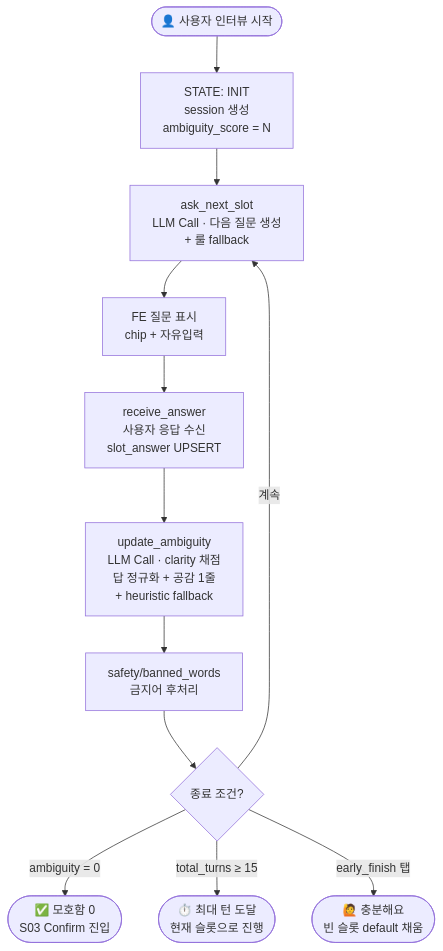
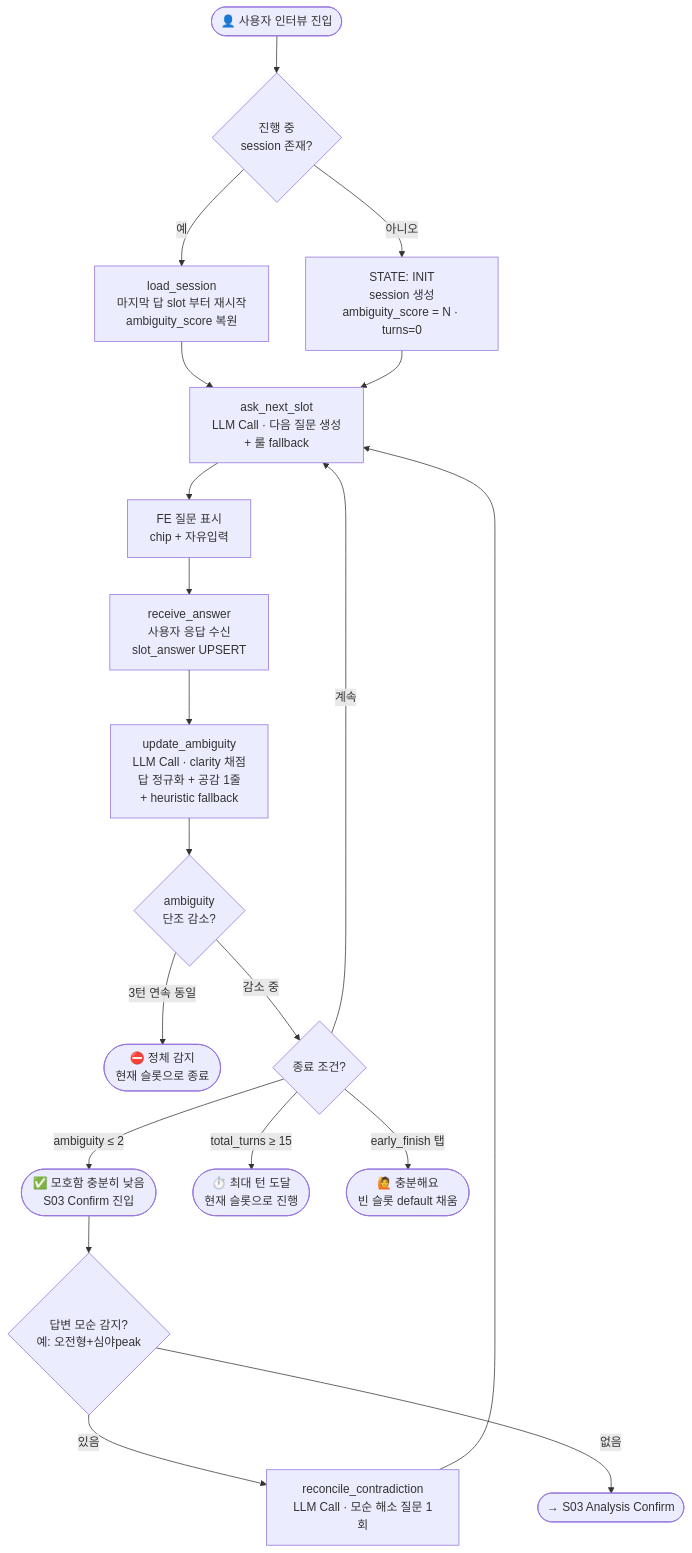
One commit to hanium-reaction/reaction-backend changed the second of 7 diagrams in docs/decisions/0005-agentic-architecture-mvp.md. Above: the diagram before and after it, drawn with Mermaid. The commit also changed other lines of this file, not shown here.

````diff
--- a/docs/decisions/0005-agentic-architecture-mvp.md
+++ b/docs/decisions/0005-agentic-architecture-mvp.md
@@ -332,16 +353,25 @@
 ```mermaid
 flowchart TD
-  Start([👤 사용자 인터뷰 시작]) --> Init[STATE: INIT<br/>session 생성<br/>ambiguity_score = N]
+  Start([👤 사용자 인터뷰 진입]) --> Resume{진행 중<br/>session 존재?}
+  Resume -->|예| LoadState[load_session<br/>마지막 답 slot 부터 재시작<br/>ambiguity_score 복원]
+  Resume -->|아니오| Init[STATE: INIT<br/>session 생성<br/>ambiguity_score = N · turns=0]
+  LoadState --> Ask
+  Init --> Ask
 
-  Init --> Ask[ask_next_slot<br/>LLM Call · 다음 질문 생성<br/>+ 룰 fallback]
-  Ask --> ShowQ[FE 질문 표시<br/>chip + 자유입력]
+  Ask[ask_next_slot<br/>LLM Call · 다음 질문 생성<br/>+ 룰 fallback] --> ShowQ[FE 질문 표시<br/>chip + 자유입력]
   ShowQ --> Receive[receive_answer<br/>사용자 응답 수신<br/>slot_answer UPSERT]
   Receive --> Update[update_ambiguity<br/>LLM Call · clarity 채점<br/>답 정규화 + 공감 1줄<br/>+ heuristic fallback]
-  Update --> Filter[safety/banned_words<br/>금지어 후처리]
-  Filter --> Cond{종료 조건?}
+  Update --> StallCheck{ambiguity<br/>단조 감소?}
+  StallCheck -->|3턴 연속 동일| Done4([⛔ 정체 감지<br/>현재 슬롯으로 종료])
+  StallCheck -->|감소 중| Cond{종료 조건?}
 
-  Cond -->|ambiguity = 0| Done1([✅ 모호함 0<br/>S03 Confirm 진입])
+  Cond -->|ambiguity ≤ 2| Done1([✅ 모호함 충분히 낮음<br/>S03 Confirm 진입])
   Cond -->|total_turns ≥ 15| Done2([⏱️ 최대 턴 도달<br/>현재 슬롯으로 진행])
   Cond -->|early_finish 탭| Done3([🙋 충분해요<br/>빈 슬롯 default 채움])
   Cond -->|계속| Ask
+
+  Done1 --> Conflict{답변 모순 감지?<br/>예: 오전형+심야peak}
+  Conflict -->|있음| Reconcile[reconcile_contradiction<br/>LLM Call · 모순 해소 질문 1회]
+  Conflict -->|없음| Confirm([→ S03 Analysis Confirm])
+  Reconcile --> Ask
 ```
````
